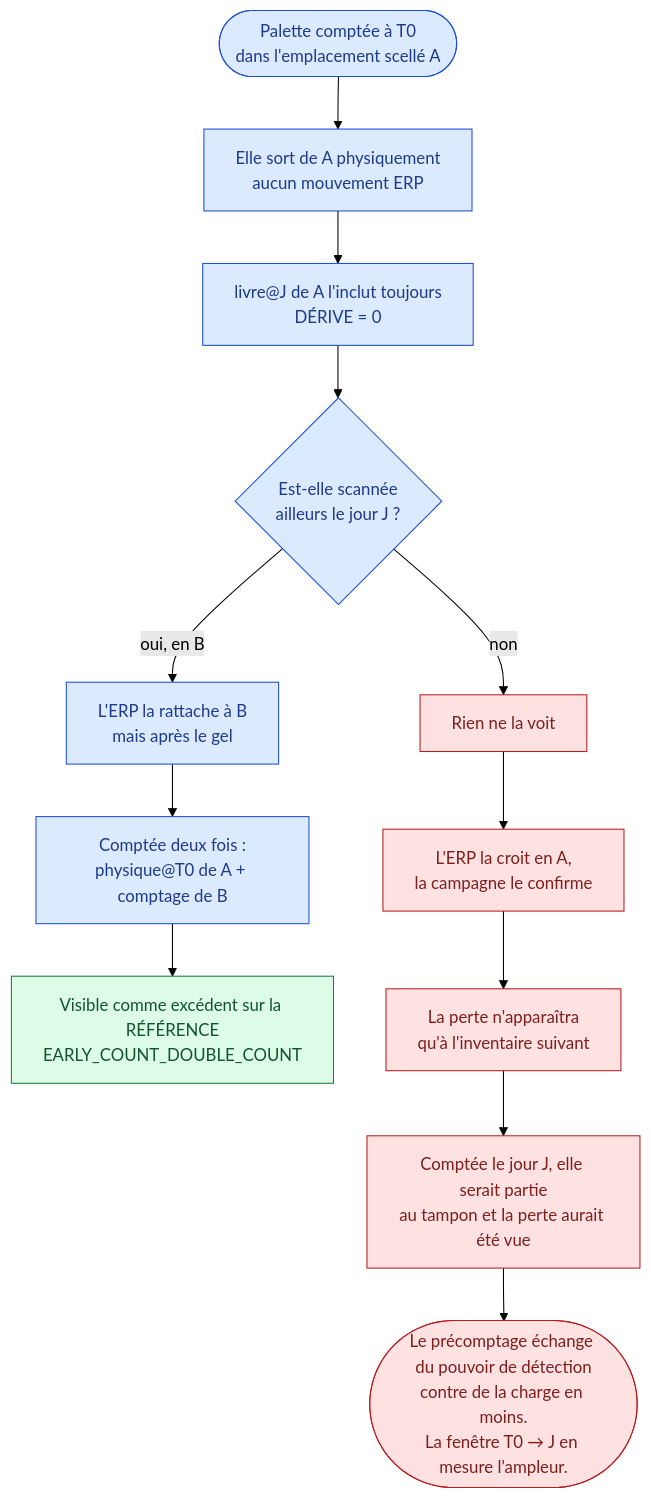
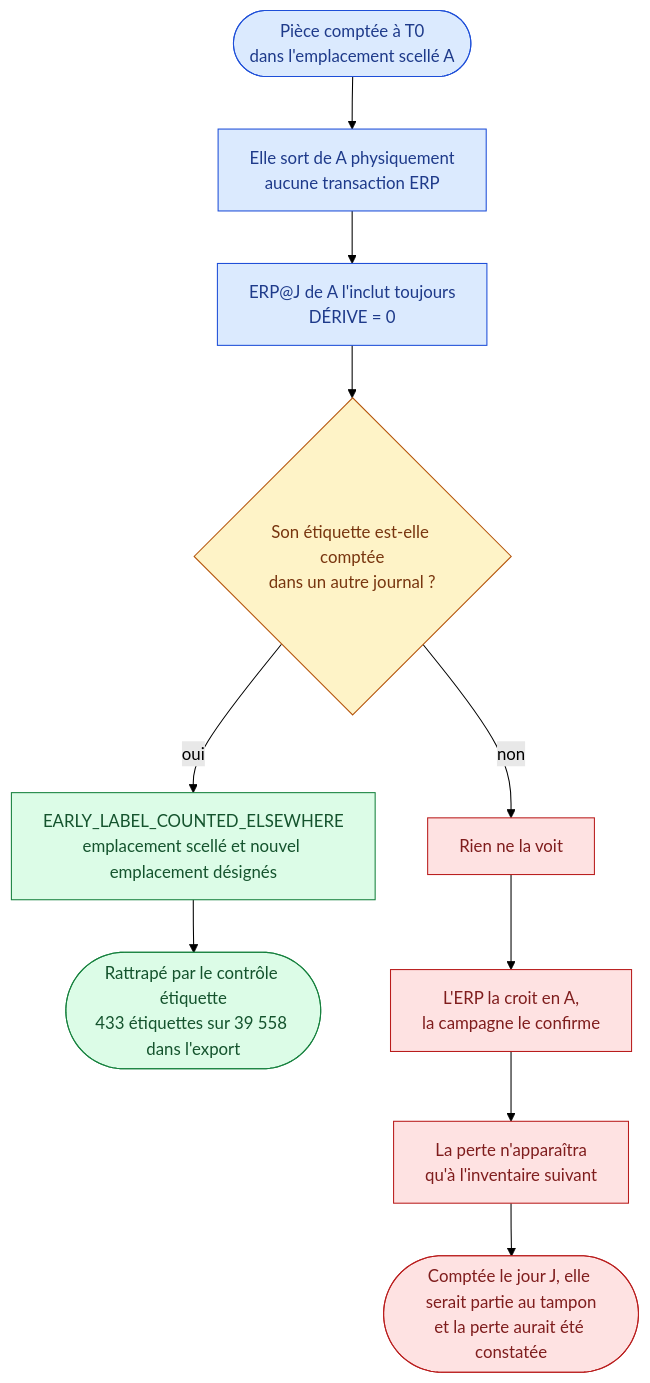
Before and after one commit to yns11/DEV-INV-G: the seventh of 9 diagrams in docs/08-algorigrammes.md, drawn with Mermaid (forest theme). The commit also changed other lines of this file and 1 other file, not shown here.

First line of the commit message:
Comptages avancés : reprendre l'étude sur les journaux ERP réels

````diff
--- a/docs/08-algorigrammes.md
+++ b/docs/08-algorigrammes.md
@@ -307,24 +324,23 @@
 ```mermaid
 flowchart TD
-    A(["Palette comptée à T0<br/>dans l'emplacement scellé A"]) --> B["Elle sort de A physiquement<br/>aucun mouvement ERP"]
-    B --> C["livre@J de A l'inclut toujours<br/>DÉRIVE = 0"]
-    C --> D{"Est-elle scannée<br/>ailleurs le jour J ?"}
+    A(["Pièce comptée à T0<br/>dans l'emplacement scellé A"]) --> B["Elle sort de A physiquement<br/>aucune transaction ERP"]
+    B --> C["ERP@J de A l'inclut toujours<br/>DÉRIVE = 0"]
+    C --> D{"Son étiquette est-elle comptée<br/>dans un autre journal ?"}
 
-    D -->|oui, en B| E["L'ERP la rattache à B<br/>mais après le gel"]
-    E --> F["Comptée deux fois :<br/>physique@T0 de A + comptage de B"]
-    F --> G["Visible comme excédent sur la RÉFÉRENCE<br/>EARLY_COUNT_DOUBLE_COUNT"]
+    D -->|oui| E["EARLY_LABEL_COUNTED_ELSEWHERE<br/>emplacement scellé et nouvel emplacement désignés"]
+    E --> F(["Rattrapé par le contrôle étiquette<br/>433 étiquettes sur 39 558 dans l'export"])
 
-    D -->|non| H["Rien ne la voit"]
-    H --> I["L'ERP la croit en A,<br/>la campagne le confirme"]
-    I --> J["La perte n'apparaîtra<br/>qu'à l'inventaire suivant"]
-
-    J --> K["Comptée le jour J, elle serait partie<br/>au tampon et la perte aurait été vue"]
-    K --> L(["Le précomptage échange du pouvoir de détection<br/>contre de la charge en moins.<br/>La fenêtre T0 → J en mesure l'ampleur."])
+    D -->|non| G["Rien ne la voit"]
+    G --> H["L'ERP la croit en A,<br/>la campagne le confirme"]
+    H --> I["La perte n'apparaîtra<br/>qu'à l'inventaire suivant"]
+    I --> J(["Comptée le jour J, elle serait partie au tampon<br/>et la perte aurait été constatée"])
 
     classDef fait fill:#dbeafe,stroke:#1d4ed8,color:#1e3a8a
     classDef vu fill:#dcfce7,stroke:#15803d,color:#14532d
+    classDef dec fill:#fef3c7,stroke:#b45309,color:#78350f
     classDef risque fill:#fee2e2,stroke:#b91c1c,color:#7f1d1d
-    class A,B,C,D,E,F fait
-    class G vu
-    class H,I,J,K,L risque
+    class A,B,C fait
+    class D dec
+    class E,F vu
+    class G,H,I,J risque
 ```
````
